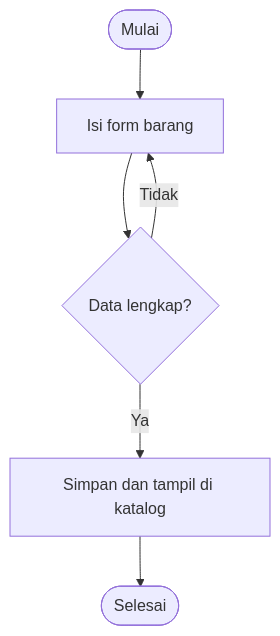
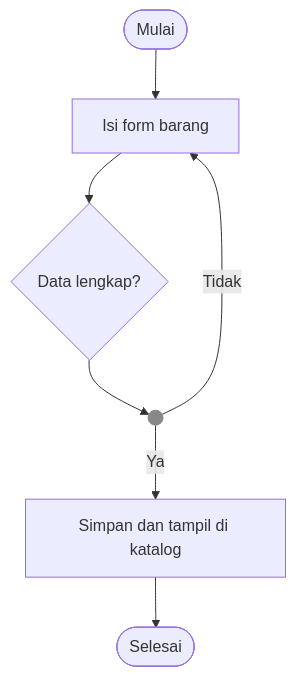
The third of 3 diagrams in sprint-1/flowchart.md (RPLUNIT052026/KELOMPOK-6---PinjamKuy), drawn with Mermaid before and after one commit. The commit also changed other lines of this file, not shown here.

````diff
--- a/sprint-1/flowchart.md
+++ b/sprint-1/flowchart.md
@@ -41,8 +46,12 @@
 ```mermaid
 flowchart TD
     A([Mulai]) --> B[Isi form barang]
     B --> C{Data lengkap?}
-    C -- Tidak --> B
-    C -- Ya --> D[Simpan dan tampil di katalog]
+    C --> J(( ))
+    J -- Ya --> D[Simpan dan tampil di katalog]
+    J -- Tidak --> B
     D --> E([Selesai])
+
+    classDef dot width:8px,height:8px,fill:#888,stroke:#888
+    class J dot
 ```
````
